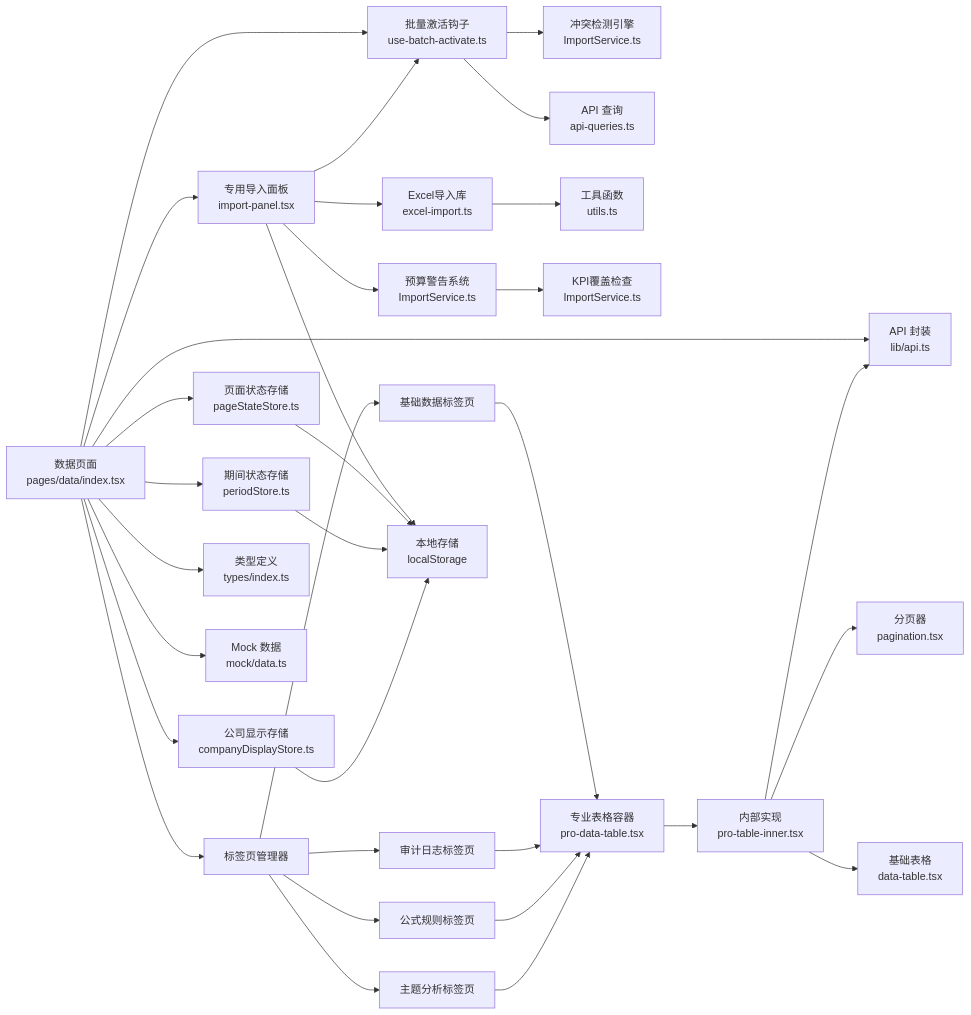
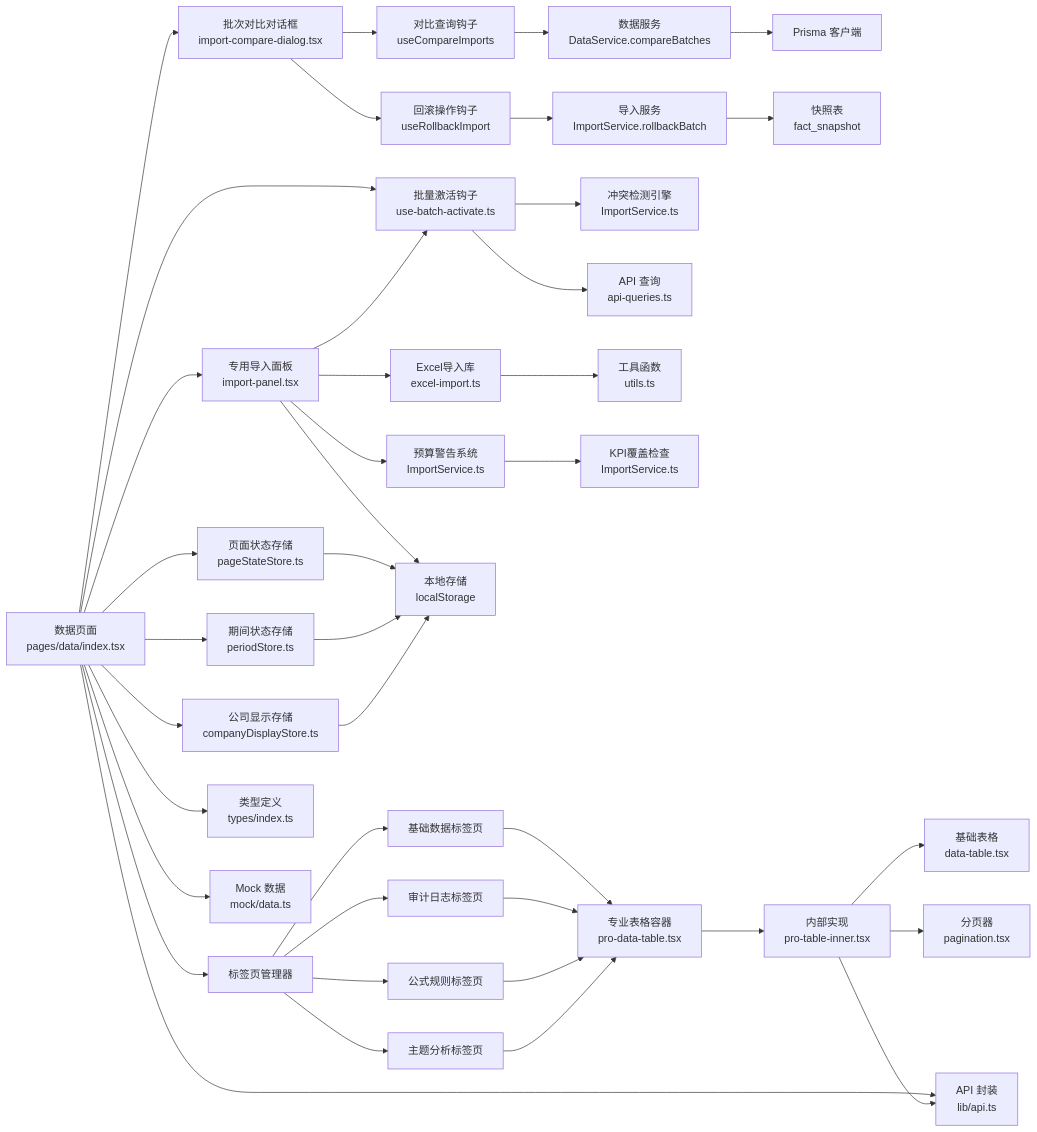
The tenth of 10 diagrams in .qoder/repowiki/zh/content/页面组件/数据管理页面/数据管理页面.md (Damao997/newproject), drawn with Mermaid before and after one commit. The commit also changed other lines of this file and 57 other files, not shown here.

````diff
--- a/.qoder/repowiki/zh/content/页面组件/数据管理页面/数据管理页面.md
+++ b/.qoder/repowiki/zh/content/页面组件/数据管理页面/数据管理页面.md
@@ -753,35 +992,42 @@
 ```mermaid
 graph LR
 DataPage["数据页面<br/>pages/data/index.tsx"] --> ImportPanel["专用导入面板<br/>import-panel.tsx"]
+DataPage --> CompareDialog["批次对比对话框<br/>import-compare-dialog.tsx"]
 DataPage --> BatchHook["批量激活钩子<br/>use-batch-activate.ts"]
 DataPage --> PageStore["页面状态存储<br/>pageStateStore.ts"]
 DataPage --> PeriodStore["期间状态存储<br/>periodStore.ts"]
 DataPage --> CompanyStore["公司显示存储<br/>companyDisplayStore.ts"]
 DataPage --> TabManager["标签页管理器"]
 TabManager --> Tab1["基础数据标签页"]
 TabManager --> Tab2["审计日志标签页"]
 TabManager --> Tab3["公式规则标签页"]
 TabManager --> Tab4["主题分析标签页"]
 ImportPanel --> LocalStorage["本地存储<br/>localStorage"]
 ImportPanel --> BatchHook
 ImportPanel --> ExcelImport["Excel导入库<br/>excel-import.ts"]
 ImportPanel --> BudgetWarnings["预算警告系统<br/>ImportService.ts"]
+CompareDialog --> UseCompare["对比查询钩子<br/>useCompareImports"]
+CompareDialog --> UseRollback["回滚操作钩子<br/>useRollbackImport"]
+UseCompare --> DataService["数据服务<br/>DataService.compareBatches"]
+UseRollback --> ImportService["导入服务<br/>ImportService.rollbackBatch"]
 BatchHook --> ConflictEngine["冲突检测引擎<br/>ImportService.ts"]
 BatchHook --> APIQueries["API 查询<br/>api-queries.ts"]
 PageStore --> LocalStorage
 PeriodStore --> LocalStorage
 CompanyStore --> LocalStorage
 ExcelImport --> Utils["工具函数<br/>utils.ts"]
 BudgetWarnings --> KpiCoverage["KPI覆盖检查<br/>ImportService.ts"]
+DataService --> Prisma["Prisma 客户端"]
+ImportService --> FactSnapshot["快照表<br/>fact_snapshot"]
 Tab1 --> Pro["专业表格容器<br/>pro-data-table.tsx"]
 Tab2 --> Pro
 Tab3 --> Pro
 Tab4 --> Pro
 Pro --> Inner["内部实现<br/>pro-table-inner.tsx"]
 Inner --> Base["基础表格<br/>data-table.tsx"]
 Inner --> Pag["分页器<br/>pagination.tsx"]
 DataPage --> API["API 封装<br/>lib/api.ts"]
 Inner --> API
 DataPage --> Types["类型定义<br/>types/index.ts"]
 DataPage --> Mock["Mock 数据<br/>mock/data.ts"]
 ```
````
